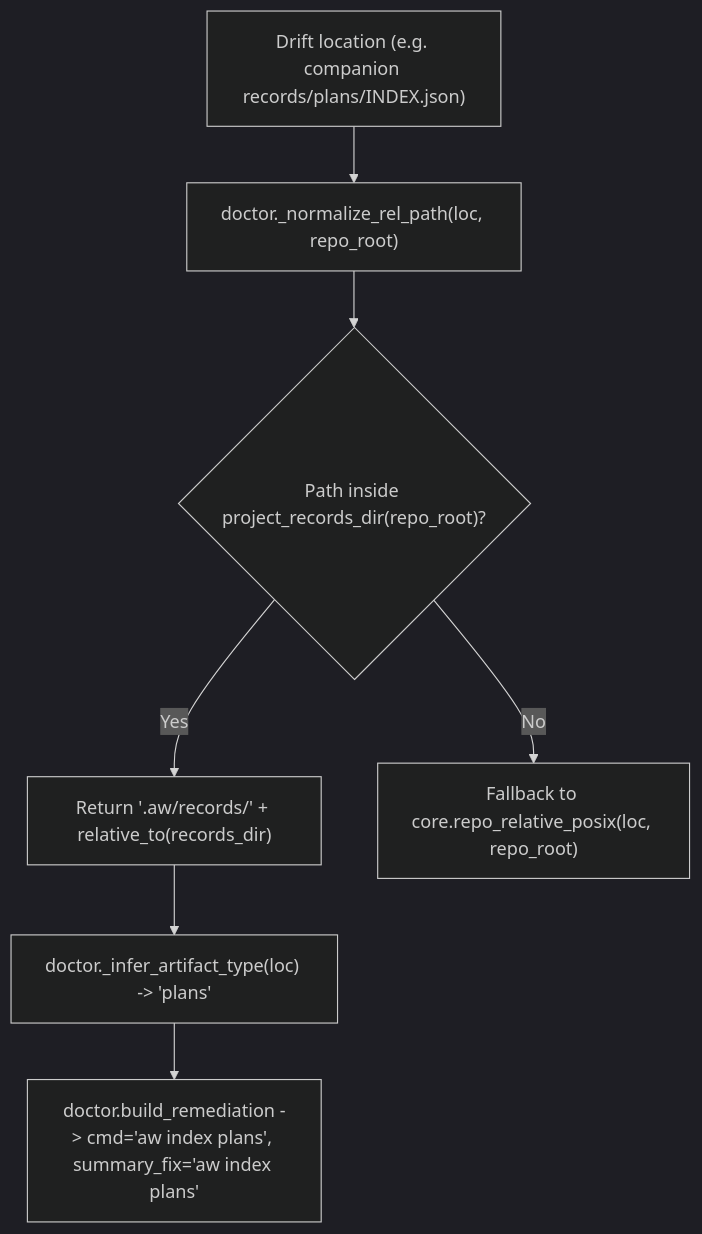
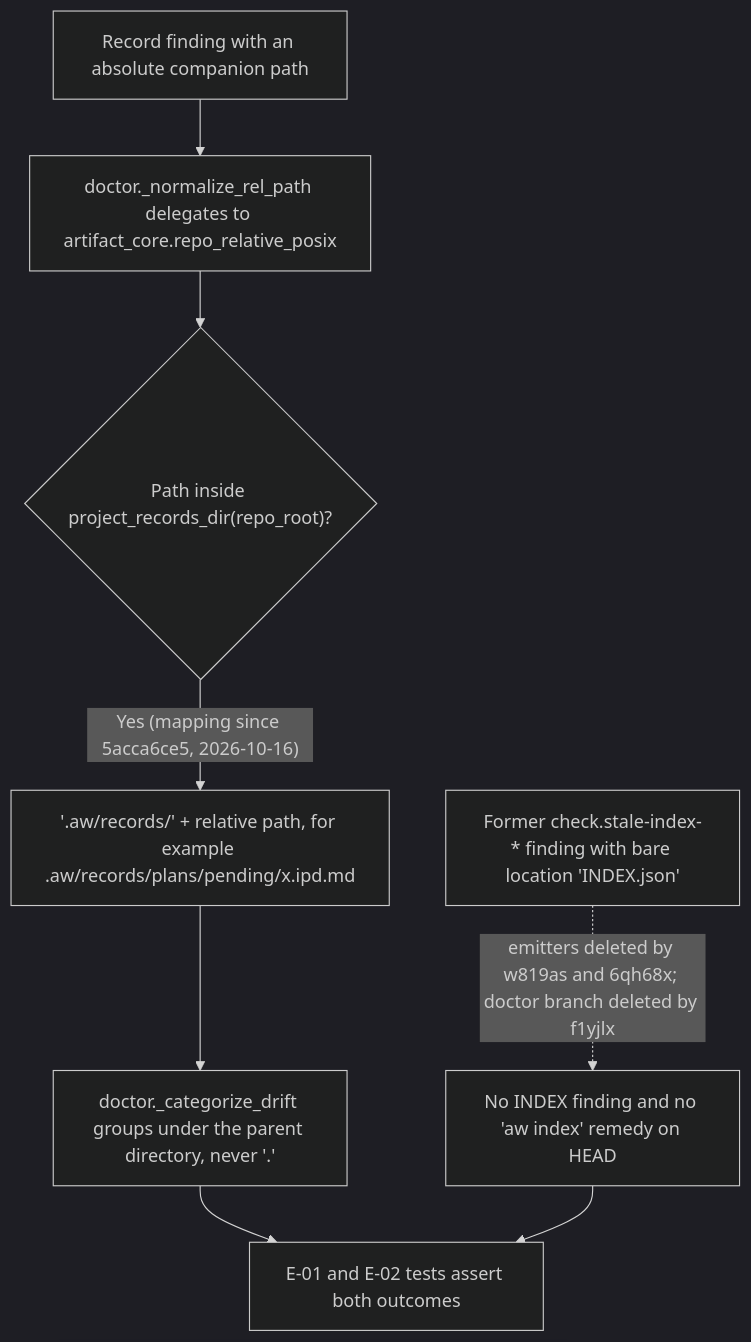
Before and after one commit to fariello/agent-workflows: the diagram in .aw/records/plans/pending/20261121-dogfood-bugs-05-c74ey2-fix-aw-doctor-stale-index-remediation-command-and-companion.ipd.md, drawn with Mermaid (dark theme). The commit also changed other lines of this file and 1 other file, not shown here.

First line of the commit message:
plan-review: harden c74ey2 (revisions applied; keep-both merge with de7b3a8fc)

````diff
--- a/.aw/records/plans/pending/20261121-dogfood-bugs-05-c74ey2-fix-aw-doctor-stale-index-remediation-command-and-companion.ipd.md
+++ b/.aw/records/plans/pending/20261121-dogfood-bugs-05-c74ey2-fix-aw-doctor-stale-index-remediation-command-and-companion.ipd.md
@@ -32,9 +42,10 @@
 ```mermaid
 flowchart TD
-    A["Drift location (e.g. companion records/plans/INDEX.json)"] --> B["doctor._normalize_rel_path(loc, repo_root)"]
+    A["Record finding with an absolute companion path"] --> B["doctor._normalize_rel_path delegates to artifact_core.repo_relative_posix"]
     B --> C{"Path inside project_records_dir(repo_root)?"}
-    C -->|Yes| D["Return '.aw/records/' + relative_to(records_dir)"]
-    C -->|No| E["Fallback to core.repo_relative_posix(loc, repo_root)"]
-    D --> F["doctor._infer_artifact_type(loc) -> 'plans'"]
-    F --> G["doctor.build_remediation -> cmd='aw index plans', summary_fix='aw index plans'"]
+    C -->|"Yes (mapping since 5acca6ce5, 2026-10-16)"| D["'.aw/records/' + relative path, for example .aw/records/plans/pending/x.ipd.md"]
+    D --> E["doctor._categorize_drift groups under the parent directory, never '.'"]
+    F["Former check.stale-index-* finding with bare location 'INDEX.json'"] -.->|"emitters deleted by w819as and 6qh68x; doctor branch deleted by f1yjlx"| G["No INDEX finding and no 'aw index' remedy on HEAD"]
+    E --> H["E-01 and E-02 tests assert both outcomes"]
+    G --> H
 ```
````
